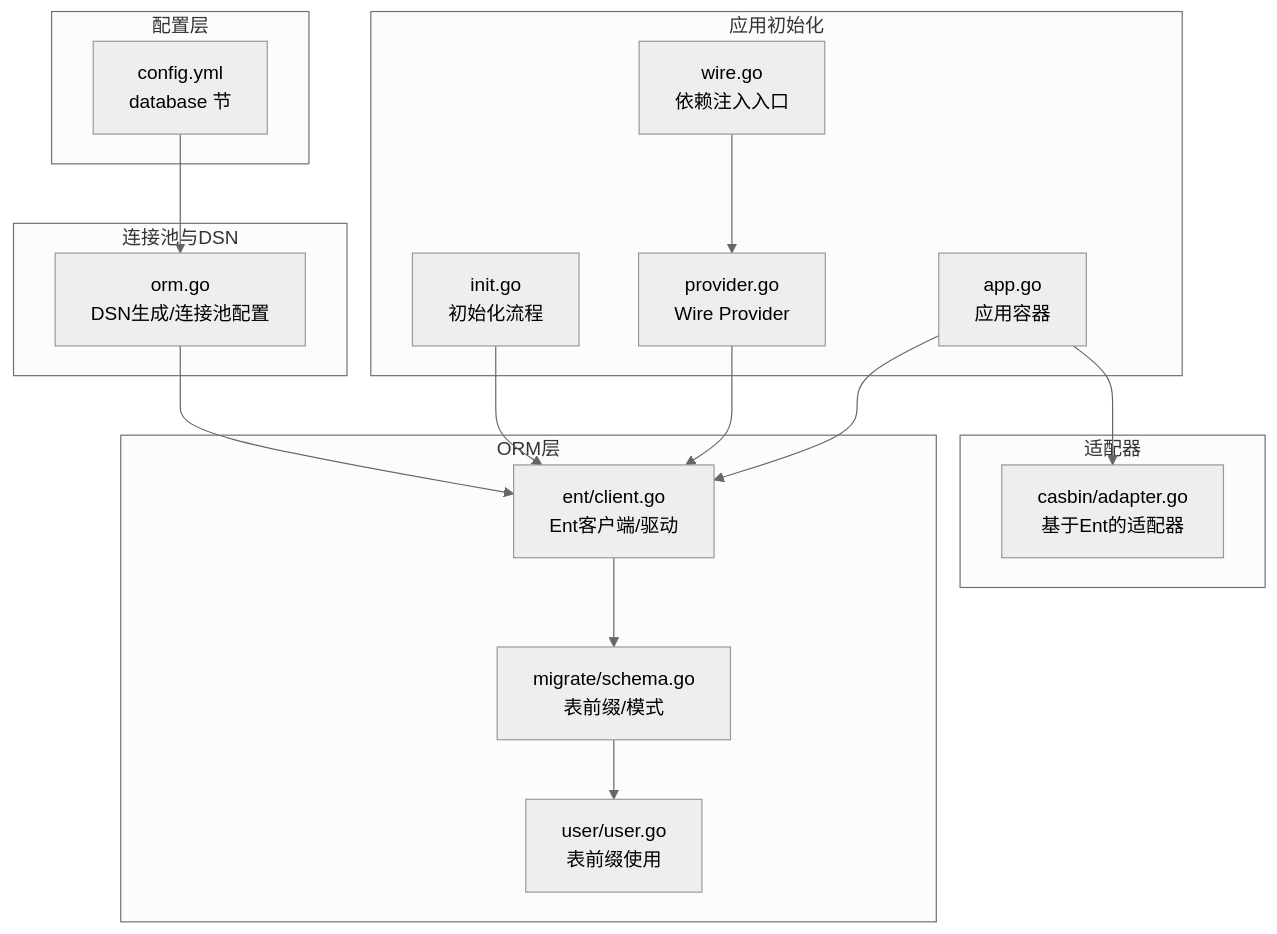
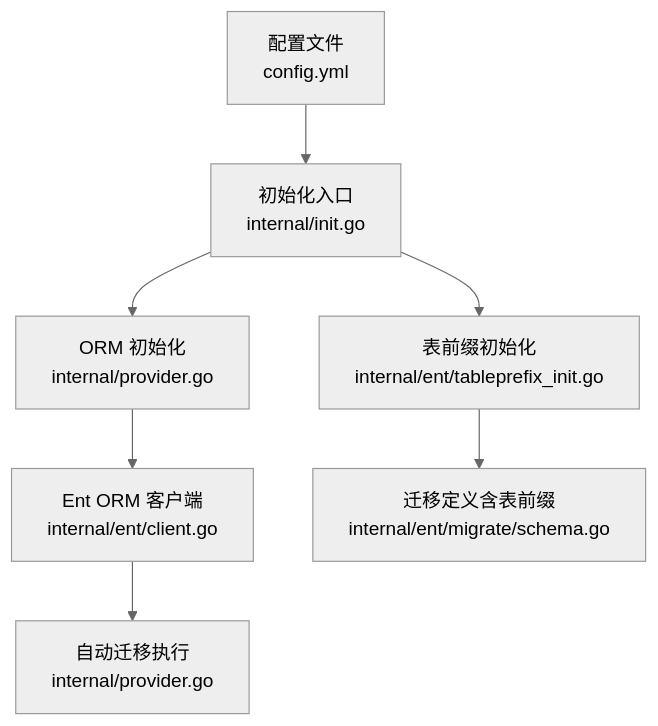
Before and after one commit to wuwuseo/e-sports-go-admin: the first of 7 diagrams in .qoder/repowiki/zh/content/配置管理/数据库配置.md, drawn with Mermaid (neutral theme). The commit also changed other lines of this file and 115 other files, not shown here.

````diff
--- a/.qoder/repowiki/zh/content/配置管理/数据库配置.md
+++ b/.qoder/repowiki/zh/content/配置管理/数据库配置.md
@@ -42,31 +33,9 @@
 ```mermaid
 graph TB
-subgraph "配置层"
-CFG["config.yml<br/>database 节"]
-end
-subgraph "连接池与DSN"
-ORM["orm.go<br/>DSN生成/连接池配置"]
-end
-subgraph "ORM层"
-ENT["ent/client.go<br/>Ent客户端/驱动"]
-SCHEMA["migrate/schema.go<br/>表前缀/模式"]
-USER["user/user.go<br/>表前缀使用"]
-end
-subgraph "应用初始化"
-INIT["init.go<br/>初始化流程"]
-PROVIDER["provider.go<br/>Wire Provider"]
-WIRE["wire.go<br/>依赖注入入口"]
-APP["app.go<br/>应用容器"]
-end
-subgraph "适配器"
-CASBIN["casbin/adapter.go<br/>基于Ent的适配器"]
-end
-CFG --> ORM
-ORM --> ENT
-ENT --> SCHEMA
-SCHEMA --> USER
-WIRE --> PROVIDER --> ENT
-INIT --> ENT
-APP --> ENT
-APP --> CASBIN
+CFG["配置文件<br/>config.yml"] --> INIT["初始化入口<br/>internal/init.go"]
+INIT --> ORM["ORM 初始化<br/>internal/provider.go"]
+ORM --> ENT["Ent ORM 客户端<br/>internal/ent/client.go"]
+INIT --> TP["表前缀初始化<br/>internal/ent/tableprefix_init.go"]
+TP --> SCHEMA["迁移定义含表前缀<br/>internal/ent/migrate/schema.go"]
+ENT --> MIG["自动迁移执行<br/>internal/provider.go"]
 ```
````
